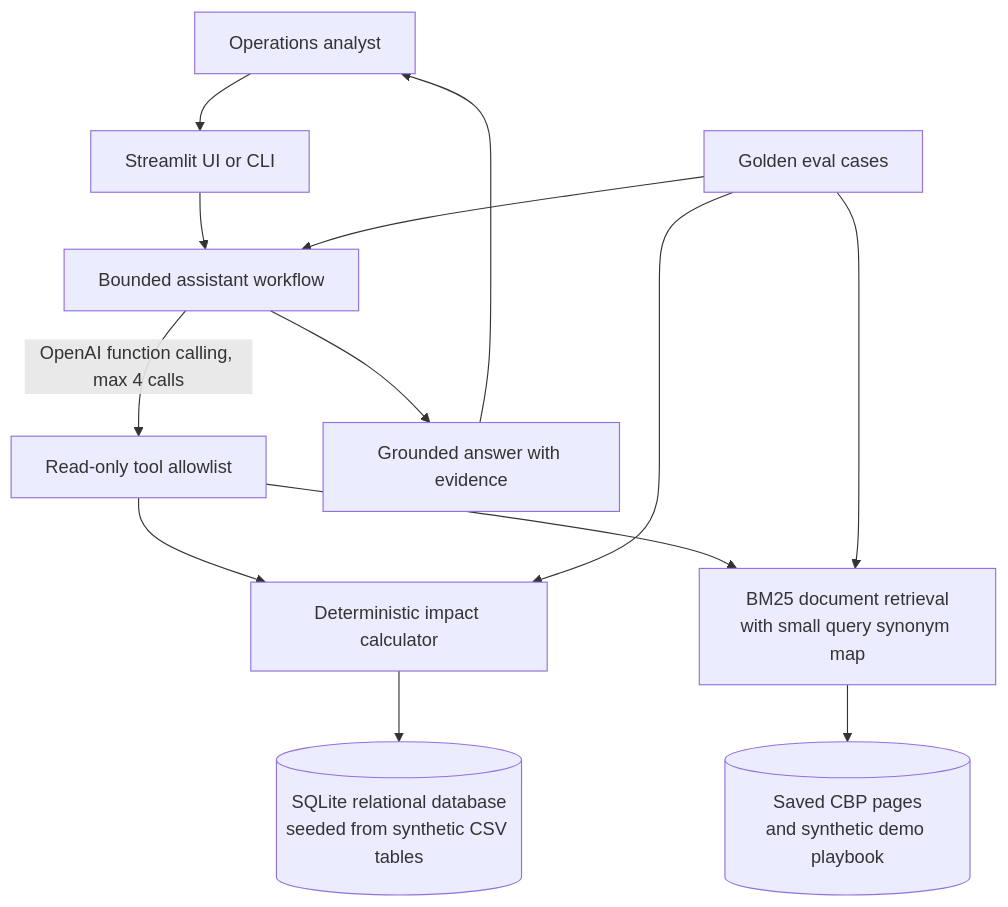
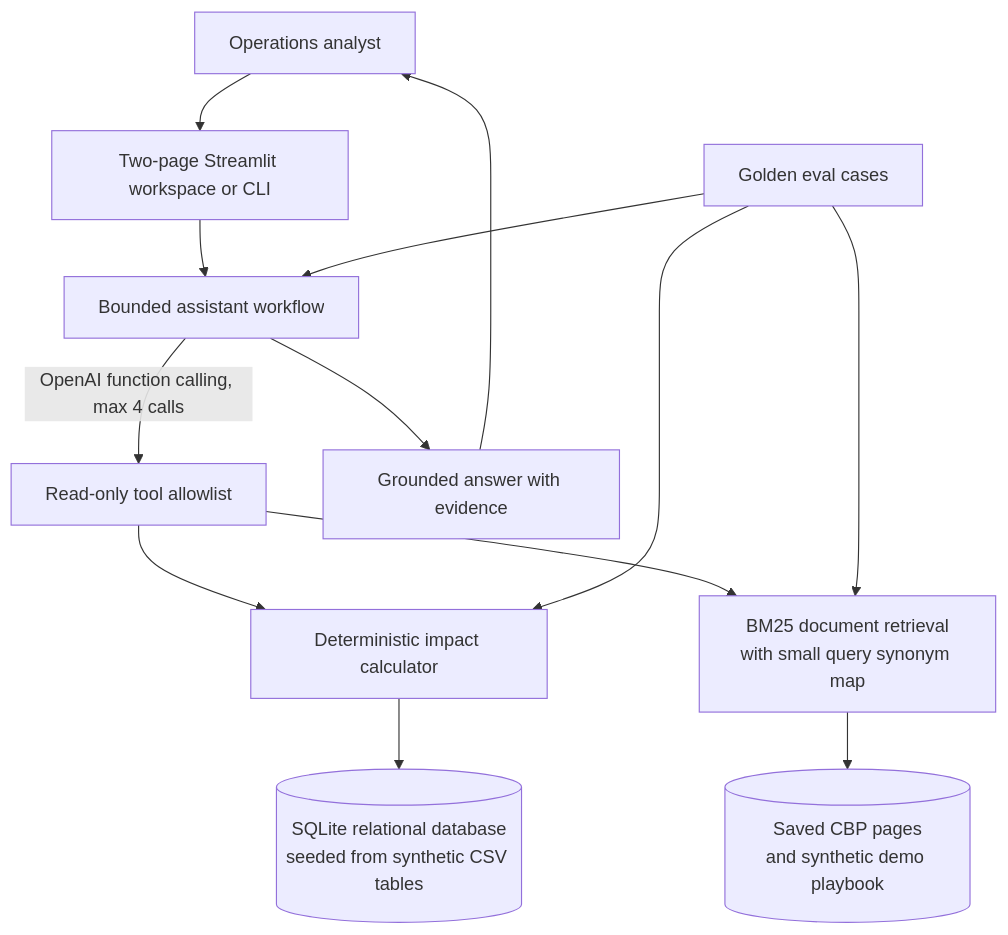
One commit to meshreyy/evidence-ai changed the diagram in docs/architecture.md. Above: the diagram before and after it, drawn with Mermaid. The commit also changed other lines of this file and 7 other files, not shown here.

Commit message:
Build two-page supply chain dashboard

````diff
--- a/docs/architecture.md
+++ b/docs/architecture.md
@@ -3,15 +3,15 @@
 ```mermaid
 flowchart TD
-    U[Operations analyst] --> UI[Streamlit UI or CLI]
+    U[Operations analyst] --> UI[Two-page Streamlit workspace or CLI]
     UI --> W[Bounded assistant workflow]
     W -->|OpenAI function calling, max 4 calls| T[Read-only tool allowlist]
     T --> C[Deterministic impact calculator]
     C --> DB[(SQLite relational database\nseeded from synthetic CSV tables)]
     T --> R[BM25 document retrieval\nwith small query synonym map]
     R --> DOCS[(Saved CBP pages\nand synthetic demo playbook)]
     W --> G[Grounded answer with evidence]
     G --> U
     E[Golden eval cases] --> C
     E --> R
     E --> W
 ```
````
